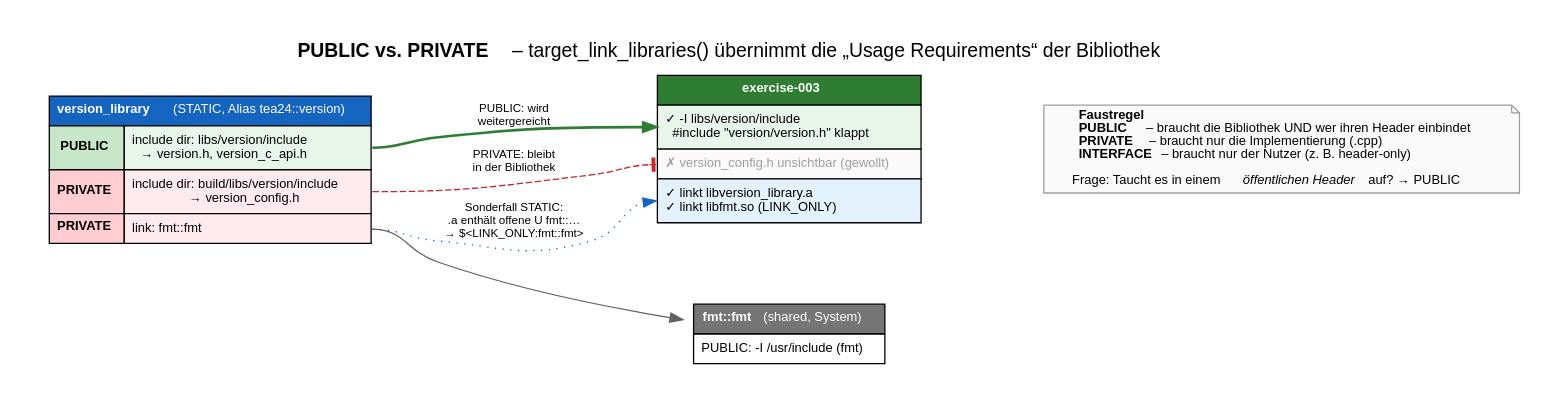
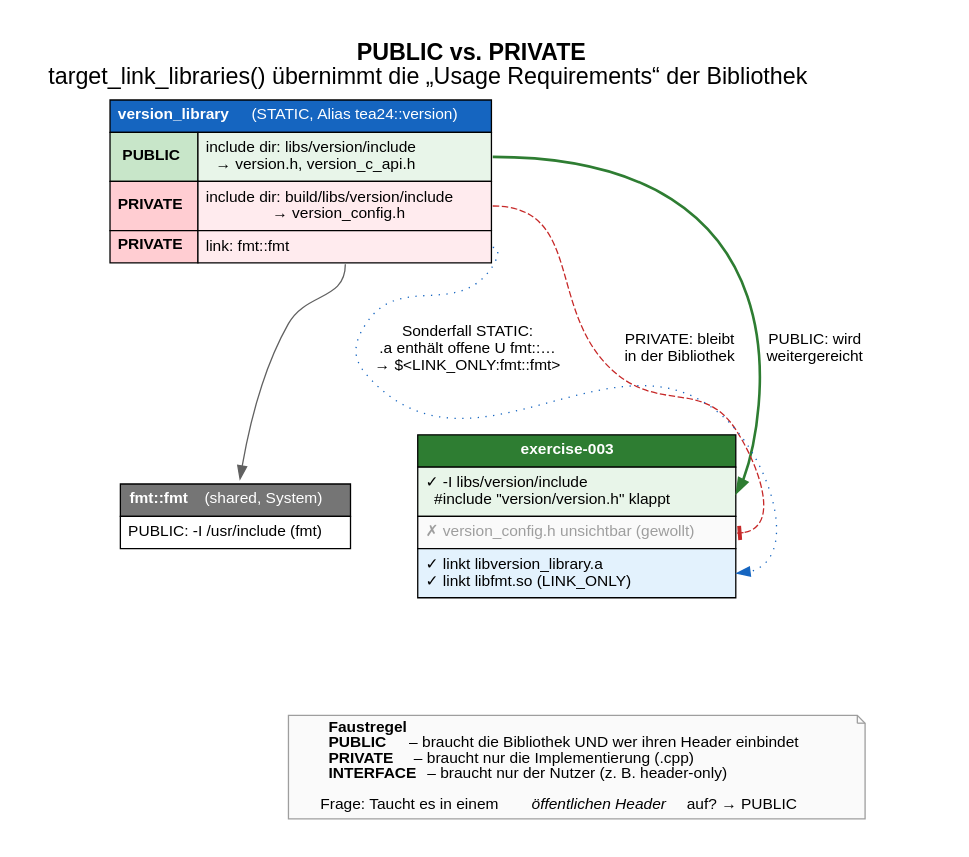
The diagram in exercise-003/doc/03_usage_requirements.dot (graugans/tea24), drawn with Graphviz before and after one commit. The commit also changed 57 other files, not shown here.

First line of the commit message:
docs: make diagram text readable at page width

```diff
--- a/exercise-003/doc/03_usage_requirements.dot
+++ b/exercise-003/doc/03_usage_requirements.dot
@@ -1,45 +1,45 @@
 // PUBLIC / PRIVATE: welche Eigenschaften wandern zu wem?
 digraph usage {
-    rankdir=LR;
+    rankdir=TB;
     graph [fontname="Helvetica", bgcolor="white", pad=0.3, nodesep=0.5, ranksep=1.2,
-           label=<<b>PUBLIC vs. PRIVATE</b> – target_link_libraries() übernimmt die „Usage Requirements“ der Bibliothek>,
-           labelloc=t, fontsize=15];
-    node [fontname="Helvetica", fontsize=10, shape=plaintext];
-    edge [fontname="Helvetica", fontsize=9];
+           label=<<b>PUBLIC vs. PRIVATE</b><br/>target_link_libraries() übernimmt die „Usage Requirements“ der Bibliothek>,
+           labelloc=t, fontsize=18];
+    node [fontname="Helvetica", fontsize=12, shape=plaintext];
+    edge [fontname="Helvetica", fontsize=12];
 
     lib [label=<
       <table border="0" cellborder="1" cellspacing="0" cellpadding="5">
         <tr><td colspan="2" bgcolor="#1565c0"><font color="white"><b>version_library</b>  (STATIC, Alias tea24::version)</font></td></tr>
         <tr><td bgcolor="#c8e6c9"><b>PUBLIC</b></td><td align="left" port="pub" bgcolor="#e8f5e9">include dir: libs/version/include<br align="left"/>→ version.h, version_c_api.h</td></tr>
         <tr><td bgcolor="#ffcdd2"><b>PRIVATE</b></td><td align="left" port="priv" bgcolor="#ffebee">include dir: build/libs/version/include<br align="left"/>→ version_config.h</td></tr>
         <tr><td bgcolor="#ffcdd2"><b>PRIVATE</b></td><td align="left" port="fmt" bgcolor="#ffebee">link: fmt::fmt</td></tr>
       </table>>];
 
     exe [label=<
       <table border="0" cellborder="1" cellspacing="0" cellpadding="5">
         <tr><td bgcolor="#2e7d32"><font color="white"><b>exercise-003</b></font></td></tr>
         <tr><td align="left" port="inc" bgcolor="#e8f5e9">✓ -I libs/version/include<br align="left"/>   #include "version/version.h" klappt</td></tr>
         <tr><td align="left" port="noinc" bgcolor="#fafafa"><font color="#9e9e9e">✗ version_config.h unsichtbar (gewollt)</font></td></tr>
         <tr><td align="left" port="link" bgcolor="#e3f2fd">✓ linkt libversion_library.a<br align="left"/>✓ linkt libfmt.so (LINK_ONLY)</td></tr>
       </table>>];
 
     fmt [label=<
       <table border="0" cellborder="1" cellspacing="0" cellpadding="5">
         <tr><td bgcolor="#757575"><font color="white"><b>fmt::fmt</b> (shared, System)</font></td></tr>
         <tr><td align="left">PUBLIC: -I /usr/include (fmt)</td></tr>
       </table>>];
 
-    lib:pub  -> exe:inc   [color="#2e7d32", penwidth=2, label="PUBLIC: wird\nweitergereicht"];
-    lib:priv -> exe:noinc [color="#c62828", style=dashed, arrowhead=tee, label="PRIVATE: bleibt\nin der Bibliothek"];
-    lib:fmt  -> fmt       [color="#616161"];
-    lib:fmt  -> exe:link  [color="#1565c0", style=dotted, label="Sonderfall STATIC:\n.a enthält offene U fmt::…\n→ $<LINK_ONLY:fmt::fmt>"];
+    lib:pub:e  -> exe:inc:e   [color="#2e7d32", penwidth=2, label="PUBLIC: wird\nweitergereicht"];
+    lib:priv:e -> exe:noinc:e [color="#c62828", style=dashed, arrowhead=tee, label="PRIVATE: bleibt\nin der Bibliothek"];
+    lib:fmt:s  -> fmt       [color="#616161"];
+    lib:fmt:e  -> exe:link:e  [color="#1565c0", style=dotted, label="Sonderfall STATIC:\n.a enthält offene U fmt::…\n→ $<LINK_ONLY:fmt::fmt>"];
 
-    rule [shape=note, style=filled, fillcolor="#fafafa", color="#9e9e9e", fontsize=10, label=<
+    rule [shape=note, style=filled, fillcolor="#fafafa", color="#9e9e9e", fontsize=12, label=<
       <b>Faustregel</b><br align="left"/>
       <b>PUBLIC</b>     – braucht die Bibliothek UND wer ihren Header einbindet<br align="left"/>
       <b>PRIVATE</b>    – braucht nur die Implementierung (.cpp)<br align="left"/>
       <b>INTERFACE</b>  – braucht nur der Nutzer (z. B. header-only)<br align="left"/>
       <br align="left"/>
       Frage: Taucht es in einem <i>öffentlichen Header</i> auf? → PUBLIC<br align="left"/>>];
     exe -> rule [style=invis];
 }
```
